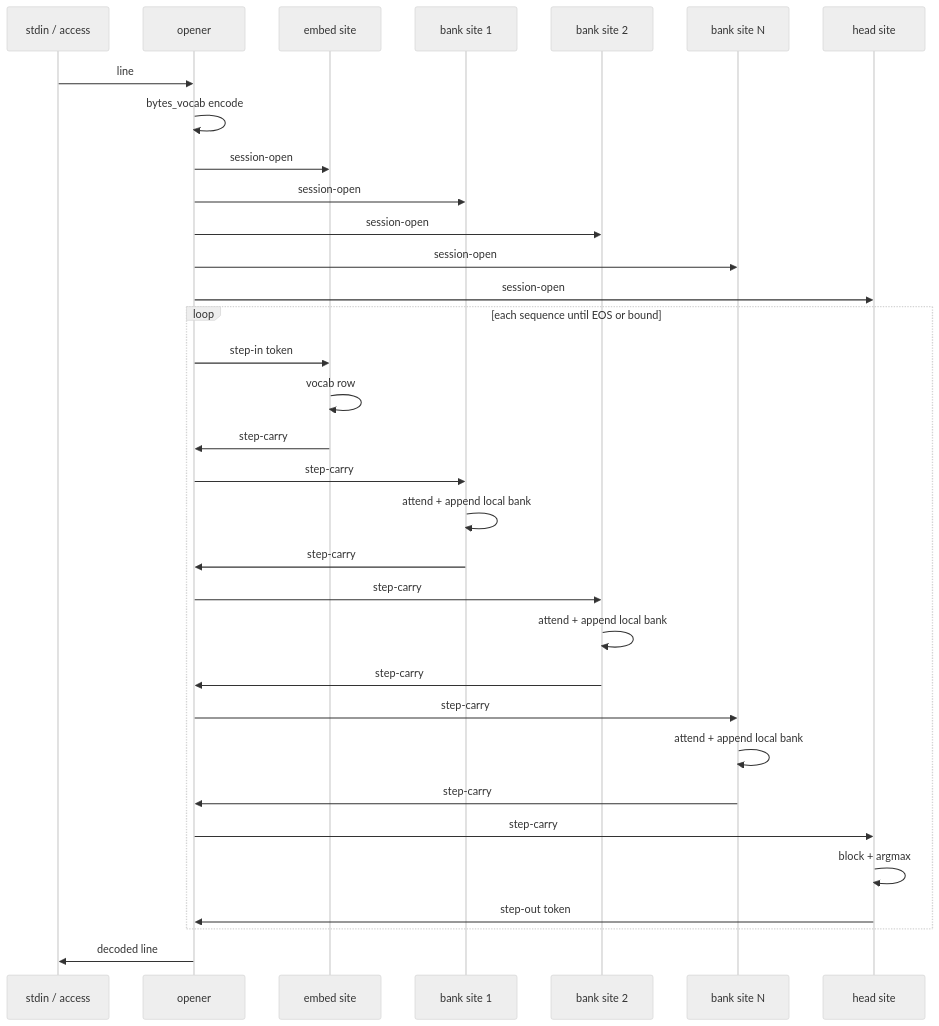
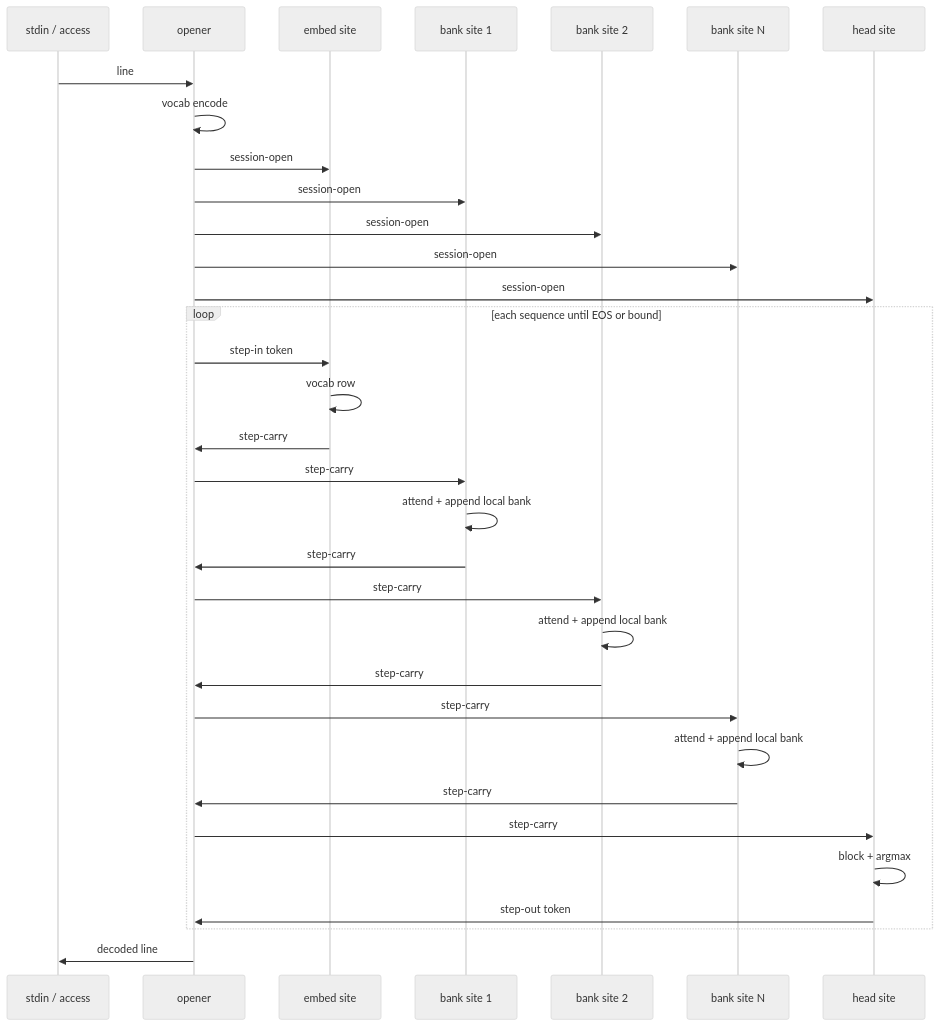
Before and after one commit to LuizEduPP/nodo: the fourth of 4 diagrams in docs/flow.md, drawn with Mermaid (neutral theme). The commit also changed 6 other files, not shown here.

First line of the commit message:
docs: sync docs with code after roadmap Next items

````diff
--- a/docs/flow.md
+++ b/docs/flow.md
@@ -103,35 +103,35 @@
 ```mermaid
 sequenceDiagram
     participant U as stdin / access
     participant O as opener
     participant Emb as embed site
     participant B1 as bank site 1
     participant B2 as bank site 2
     participant B3 as bank site N
     participant Hd as head site
     U->>O: line
-    O->>O: bytes_vocab encode
+    O->>O: vocab encode
     O->>Emb: session-open
     O->>B1: session-open
     O->>B2: session-open
     O->>B3: session-open
     O->>Hd: session-open
     loop each sequence until EOS or bound
         O->>Emb: step-in token
         Emb->>Emb: vocab row
         Emb->>O: step-carry
         O->>B1: step-carry
         B1->>B1: attend + append local bank
         B1->>O: step-carry
         O->>B2: step-carry
         B2->>B2: attend + append local bank
         B2->>O: step-carry
         O->>B3: step-carry
         B3->>B3: attend + append local bank
         B3->>O: step-carry
         O->>Hd: step-carry
         Hd->>Hd: block + argmax
         Hd->>O: step-out token
     end
     O->>U: decoded line
 ```
````
